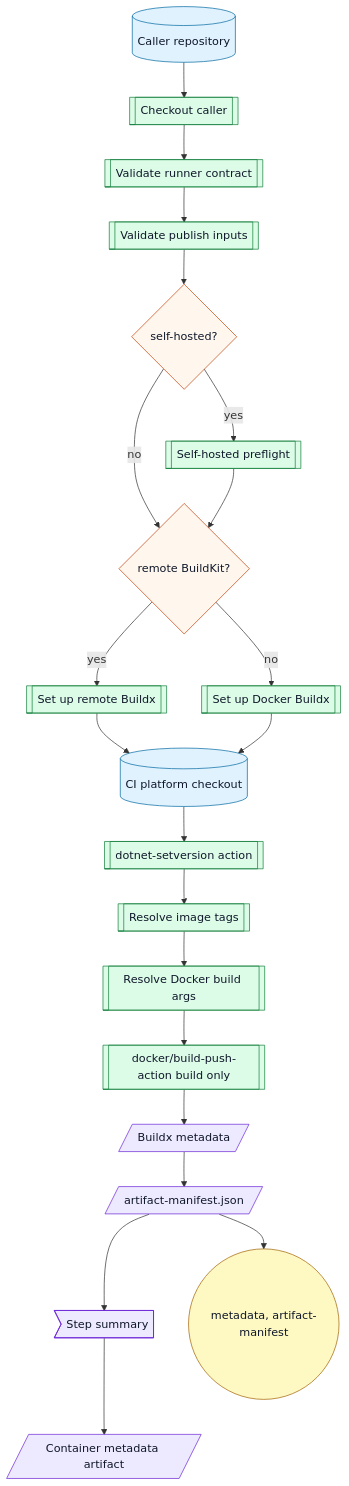
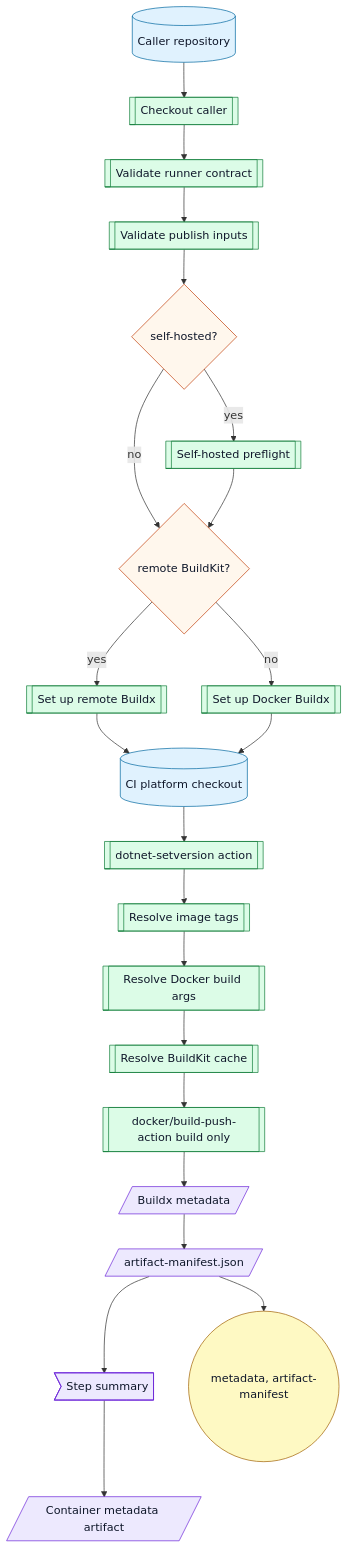
One commit to ArkanisCorporation/ci changed diagram 13 of 17 in docs/workflow-catalog.md. Above: the diagram before and after it, drawn with Mermaid. The commit also changed other lines of this file and 9 other files, not shown here.

Commit message:
fix(gha): default container builds to scoped BuildKit cache

````diff
--- a/docs/workflow-catalog.md
+++ b/docs/workflow-catalog.md
@@ -1408,34 +1413,35 @@
 ```mermaid
 flowchart TD
   caller[("Caller repository")] --> checkout[[Checkout caller]]
   checkout --> validate[[Validate runner contract]]
   validate --> inputs[[Validate publish inputs]]
   inputs --> preflight{self-hosted?}
   preflight -->|yes| sh[[Self-hosted preflight]]
   preflight -->|no| builder{remote BuildKit?}
   sh --> builder
   builder -->|yes| remote[[Set up remote Buildx]]
   builder -->|no| local[[Set up Docker Buildx]]
   remote --> platform[("CI platform checkout")]
   local --> platform
   platform --> setversion[[dotnet-setversion action]]
   setversion --> tags[[Resolve image tags]]
   tags --> args[[Resolve Docker build args]]
-  args --> build[[docker/build-push-action build only]]
+  args --> cache[[Resolve BuildKit cache]]
+  cache --> build[[docker/build-push-action build only]]
   build --> metadata[/Buildx metadata/]
   metadata --> manifest[/artifact-manifest.json/]
   manifest --> summary>Step summary]
   summary --> upload[/Container metadata artifact/]
   manifest --> outputs(("metadata, artifact-manifest"))
   classDef repo fill:#e0f2fe,stroke:#0369a1,color:#0f172a
   classDef action fill:#dcfce7,stroke:#15803d,color:#0f172a
   classDef decision fill:#fff7ed,stroke:#c2410c,color:#0f172a
   classDef artifact fill:#ede9fe,stroke:#6d28d9,color:#0f172a
   classDef output fill:#fef9c3,stroke:#a16207,color:#0f172a
   classDef external fill:#f8fafc,stroke:#475569,stroke-dasharray: 4 3,color:#0f172a
   class caller,platform repo
-  class checkout,validate,inputs,sh,remote,local,setversion,tags,args,build action
+  class checkout,validate,inputs,sh,remote,local,setversion,tags,args,cache,build action
   class preflight,builder decision
   class metadata,manifest,summary,upload artifact
   class outputs output
 ```
````
